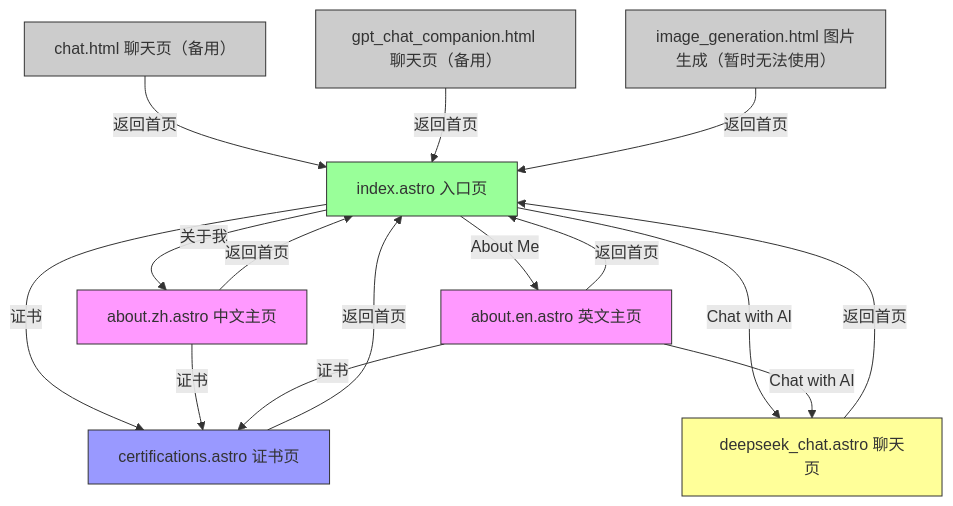
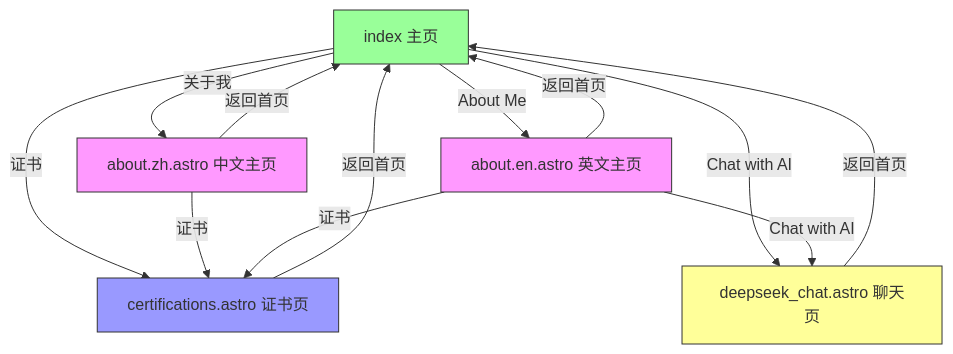
One commit to RendaZhang/rendazhang changed the first of 2 diagrams in public/README.md. Above: the diagram before and after it, drawn with Mermaid. The commit also changed other lines of this file and 169 other files, not shown here.

````diff
--- a/public/README.md
+++ b/public/README.md
@@ -142,26 +138,20 @@
 ```mermaid
 flowchart TD
-    A[index.astro 入口页] -->|关于我| B[about.zh.astro 中文主页]
+    A[index 主页] -->|关于我| B[about.zh.astro 中文主页]
     A -->|About Me| C[about.en.astro 英文主页]
     A -->|Chat with AI| D[deepseek_chat.astro 聊天页]
     A -->|证书| E[certifications.astro 证书页]
     B -->|返回首页| A
     B -->|证书| E
     C -->|返回首页| A
     C -->|证书| E
     C -->|Chat with AI| D
     D -->|返回首页| A
     E -->|返回首页| A
-    F[chat.html 聊天页（备用）] -->|返回首页| A
-    G[gpt_chat_companion.html 聊天页（备用）] -->|返回首页| A
-    H[image_generation.html 图片生成（暂时无法使用）] -->|返回首页| A
 
     style A fill:#9f9,stroke:#333
     style B fill:#f9f,stroke:#333
     style C fill:#f9f,stroke:#333
     style D fill:#ff9,stroke:#333
     style E fill:#99f,stroke:#333
-    style F fill:#ccc,stroke:#333
-    style G fill:#ccc,stroke:#333
-    style H fill:#ccc,stroke:#333
 ```
````
